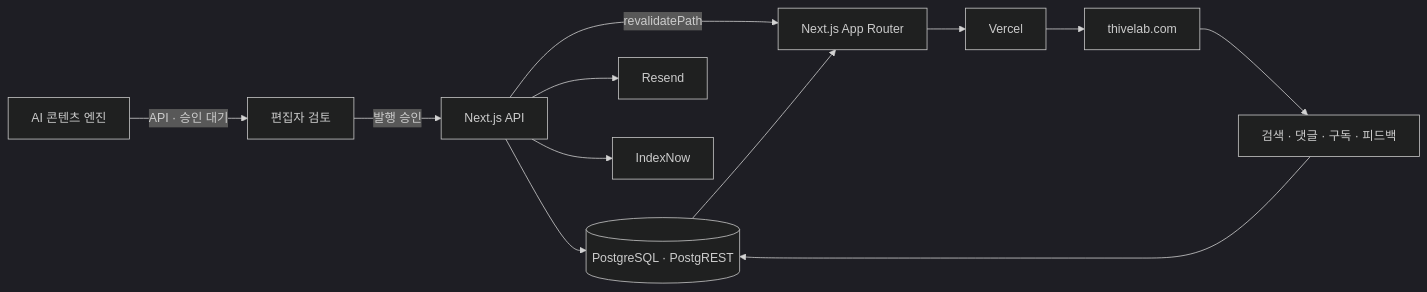
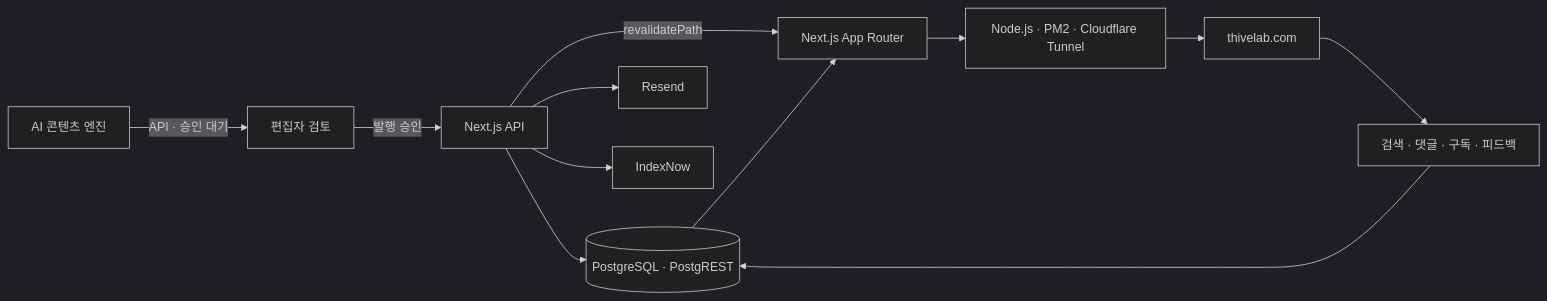
Before and after one commit to SecuThive/ai_blog: the diagram in README.md, drawn with Mermaid (dark theme). The commit also changed other lines of this file and 13 other files, not shown here.

Commit message:
Prepare Cloudflare Tunnel self hosting

````diff
--- a/README.md
+++ b/README.md
@@ -87,14 +87,14 @@
 ```mermaid
 flowchart LR
     A["AI 콘텐츠 엔진"] -->|"API · 승인 대기"| B["편집자 검토"]
     B -->|"발행 승인"| C["Next.js API"]
     C --> D[("PostgreSQL · PostgREST")]
     C -->|"revalidatePath"| E["Next.js App Router"]
     D --> E
-    E --> F["Vercel"]
+    E --> F["Node.js · PM2 · Cloudflare Tunnel"]
     F --> G["thivelab.com"]
     G --> H["검색 · 댓글 · 구독 · 피드백"]
     H --> D
     C --> I["Resend"]
     C --> J["IndexNow"]
 ```
````
